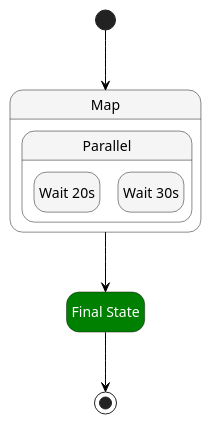
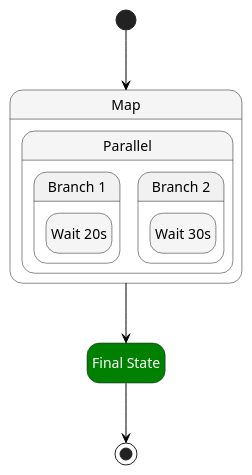
One commit to massfords/asl-puml changed the diagram in src/__tests__/pumls/parallel_in_map.asl.puml. Above: the diagram before and after it, drawn with PlantUML. The commit also changed 6 other files, not shown here.

```diff
--- a/src/__tests__/pumls/parallel_in_map.asl.puml
+++ b/src/__tests__/pumls/parallel_in_map.asl.puml
@@ -1,27 +1,31 @@
 @startuml
 hide empty description
 skinparam ArrowColor #black
 skinparam state {
 
     BackgroundColor<<aslMap>> #whitesmoke
 
     BackgroundColor<<aslParallel>> #whitesmoke
 
     BackgroundColor<<aslSucceed>> #green
     FontColor<<aslSucceed>> automatic
 
     BackgroundColor<<aslWait>> #whitesmoke
     FontColor<<aslWait>> automatic
     BackgroundColor<<Compensate>> #orange
 }
 state "Map" as state1<<aslMap>> {
 state "Parallel" as state3<<aslParallel>> {
+state "Branch 1" as state3_1 {
 state "Wait 20s" as state4<<aslWait>>
+}
+state "Branch 2" as state3_2 {
 state "Wait 30s" as state5<<aslWait>>
+}
 }
 }
 state "Final State" as state2<<aslSucceed>>
 [*] --> state1
 state1 --> state2
 state2 --> [*]
 @enduml
```
